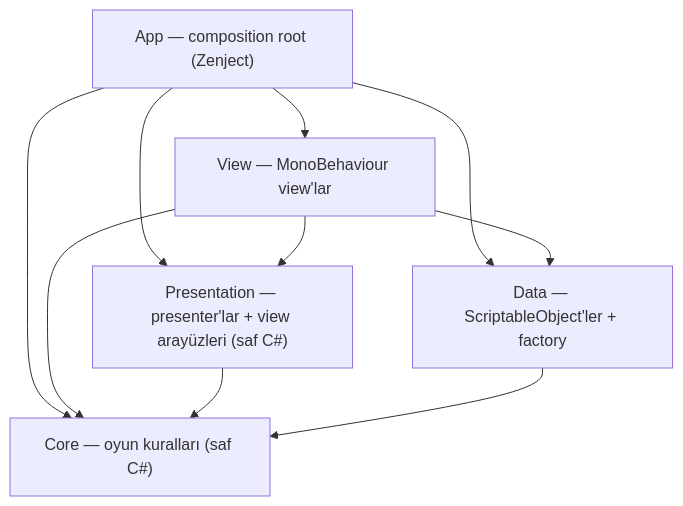
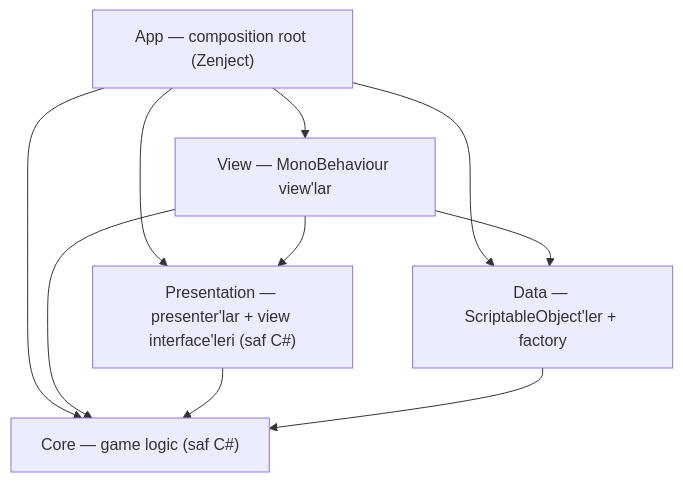
The diagram in README.md (HardRez/Project-Merge-Vuvy), drawn with Mermaid before and after one commit. The commit also changed other lines of this file, not shown here.

````diff
--- a/README.md
+++ b/README.md
@@ -24,18 +24,18 @@
 ```mermaid
 flowchart TD
     App["App — composition root (Zenject)"]
     View["View — MonoBehaviour view'lar"]
-    Pres["Presentation — presenter'lar + view arayüzleri (saf C#)"]
+    Pres["Presentation — presenter'lar + view interface'leri (saf C#)"]
     Data["Data — ScriptableObject'ler + factory"]
-    Core["Core — oyun kuralları (saf C#)"]
+    Core["Core — game logic (saf C#)"]
 
     App --> View
     App --> Pres
     App --> Data
     App --> Core
     View --> Pres
     View --> Data
     View --> Core
     Pres --> Core
     Data --> Core
 ```
````
